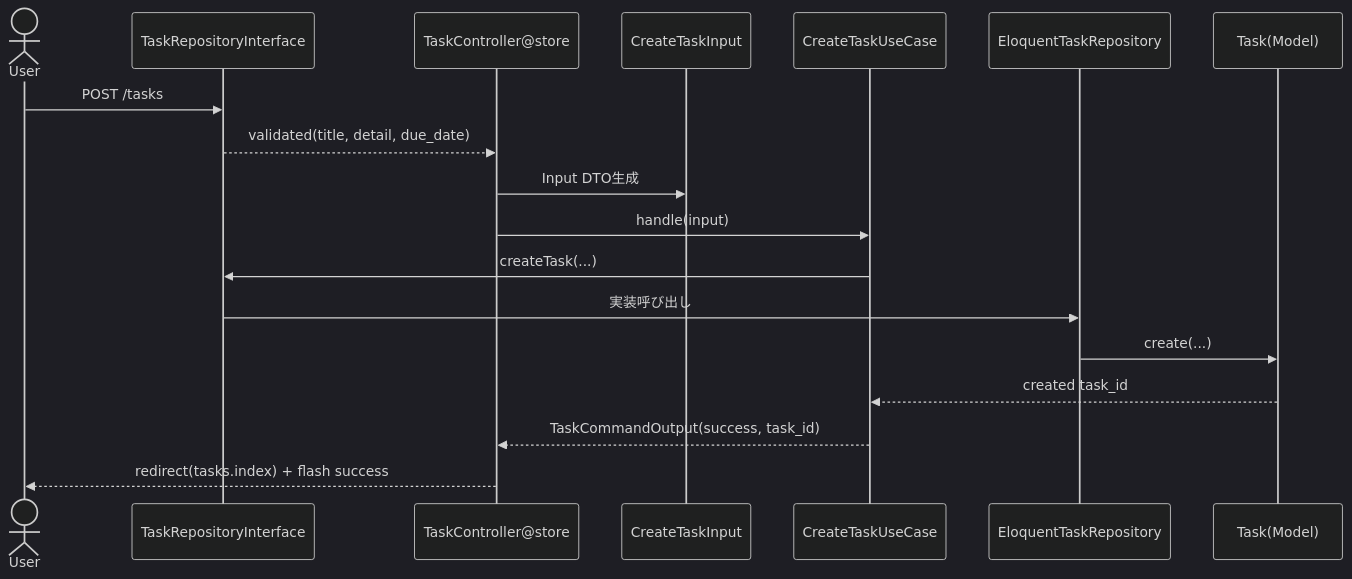
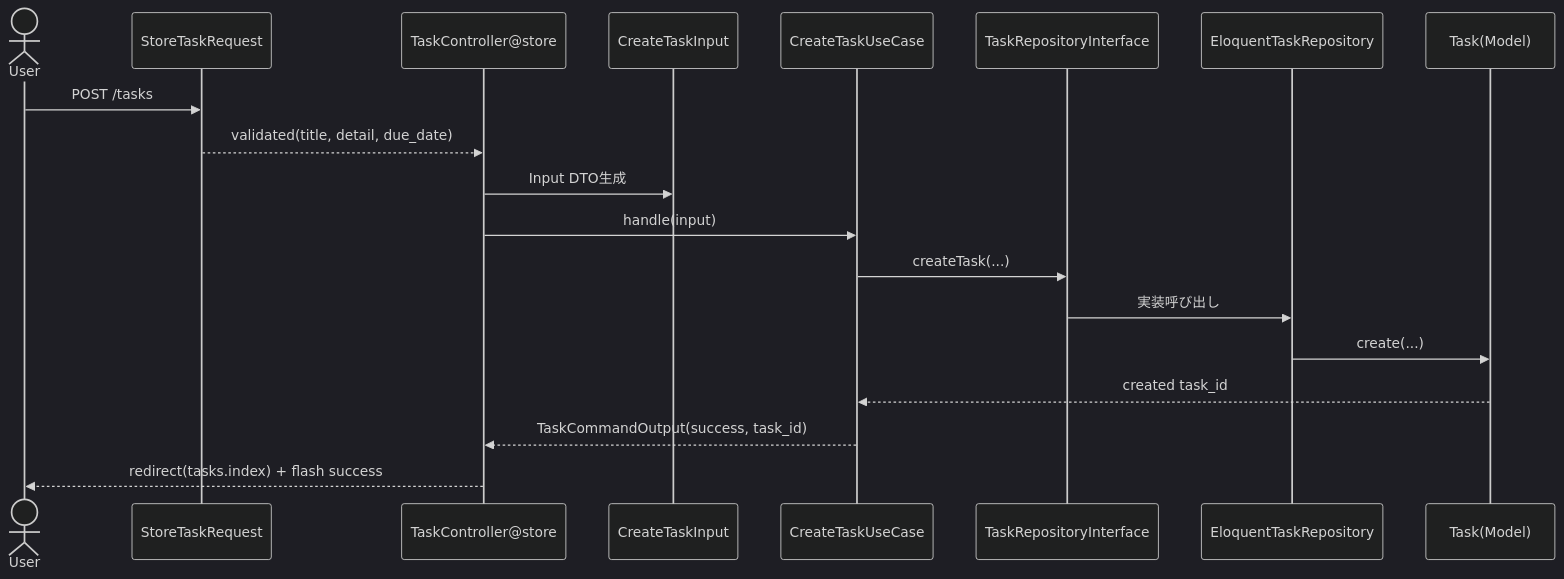
Before and after one commit to pasgroup/laravel-playground: the third of 5 diagrams in docs/task-usecase-data-flow.md, drawn with Mermaid (dark theme). The commit also changed other lines of this file and 6 other files, not shown here.

````diff
--- a/docs/task-usecase-data-flow.md
+++ b/docs/task-usecase-data-flow.md
@@ -64,22 +64,22 @@
 ```mermaid
 sequenceDiagram
     actor U as User
-    participant R as StoreTaskRequest
+    participant Req as StoreTaskRequest
     participant C as TaskController@store
     participant D as CreateTaskInput
     participant CU as CreateTaskUseCase
-    participant R as TaskRepositoryInterface
+    participant Repo as TaskRepositoryInterface
     participant ER as EloquentTaskRepository
     participant T as Task(Model)
 
-    U->>R: POST /tasks
-    R-->>C: validated(title, detail, due_date)
+    U->>Req: POST /tasks
+    Req-->>C: validated(title, detail, due_date)
     C->>D: Input DTO生成
     C->>CU: handle(input)
-    CU->>R: createTask(...)
-    R->>ER: 実装呼び出し
+    CU->>Repo: createTask(...)
+    Repo->>ER: 実装呼び出し
     ER->>T: create(...)
     T-->>CU: created task_id
     CU-->>C: TaskCommandOutput(success, task_id)
     C-->>U: redirect(tasks.index) + flash success
 ```
````
